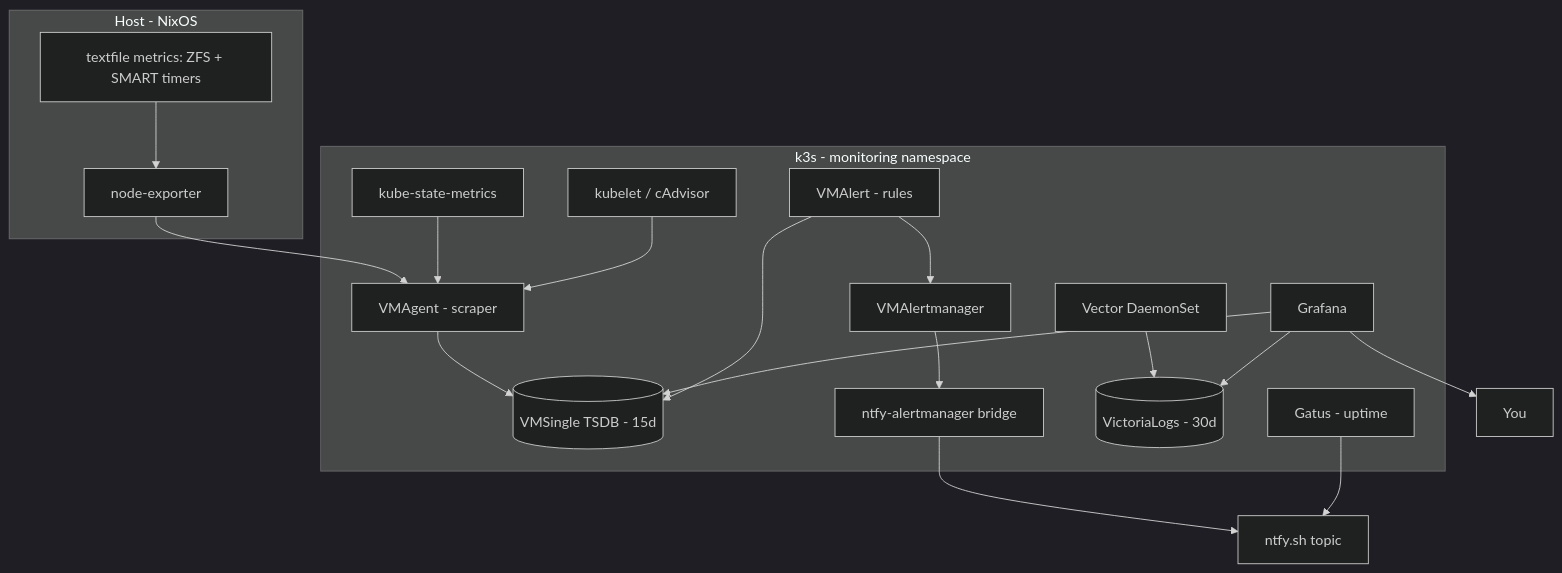
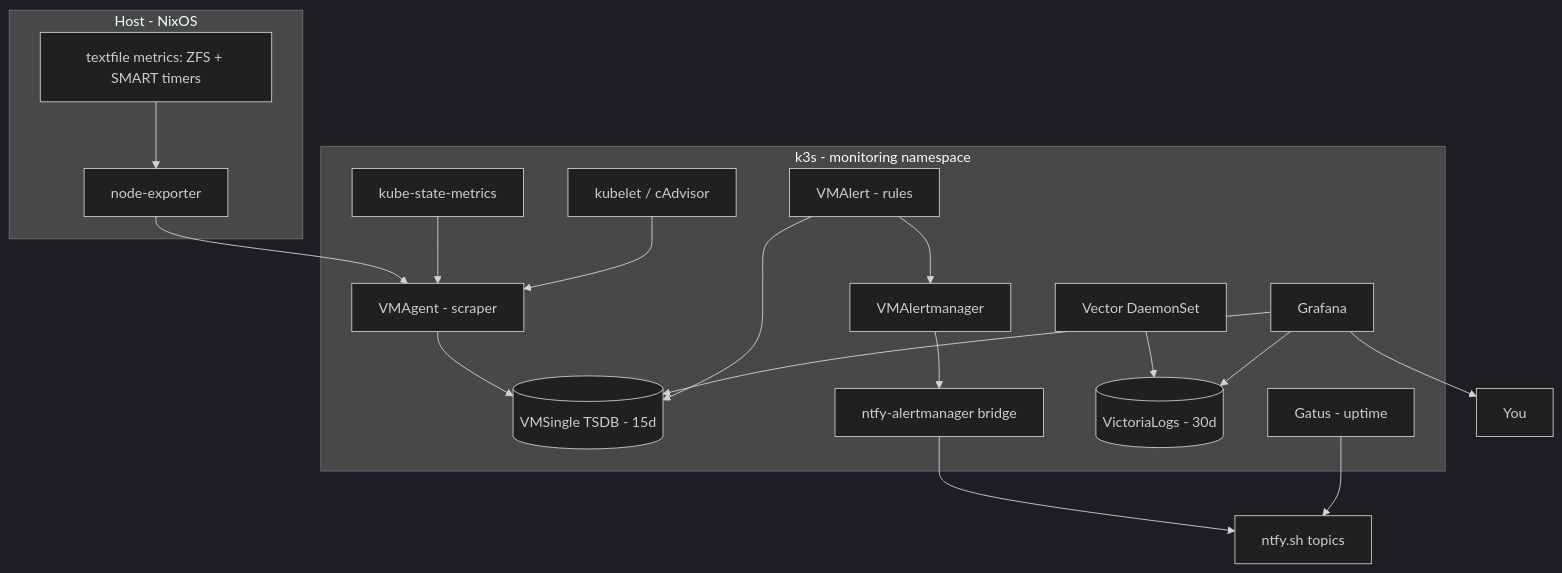
One commit to rithviknishad/systems.nix changed the diagram in docs/monitoring.md. Above: the diagram before and after it, drawn with Mermaid (dark theme). The commit also changed other lines of this file and 2 other files, not shown here.

````diff
--- a/docs/monitoring.md
+++ b/docs/monitoring.md
@@ -18,30 +18,30 @@
 ```mermaid
 flowchart TB
     subgraph host[Host - NixOS]
         ne[node-exporter]
         tf[textfile metrics: ZFS + SMART timers]
         tf --> ne
     end
 
     subgraph cluster[k3s - monitoring namespace]
         vmagent[VMAgent - scraper] --> vmsingle[(VMSingle TSDB - 15d)]
         ne --> vmagent
         ksm[kube-state-metrics] --> vmagent
         cadvisor[kubelet / cAdvisor] --> vmagent
 
         vmalert[VMAlert - rules] --> vmsingle
         vmalert --> vmam[VMAlertmanager]
         vmam --> bridge[ntfy-alertmanager bridge]
 
         vector[Vector DaemonSet] --> vlogs[(VictoriaLogs - 30d)]
 
         grafana[Grafana] --> vmsingle
         grafana --> vlogs
 
         gatus[Gatus - uptime]
     end
 
-    bridge --> ntfy[ntfy.sh topic]
+    bridge --> ntfy[ntfy.sh topics]
     gatus --> ntfy
     grafana --> user[You]
 ```
````
